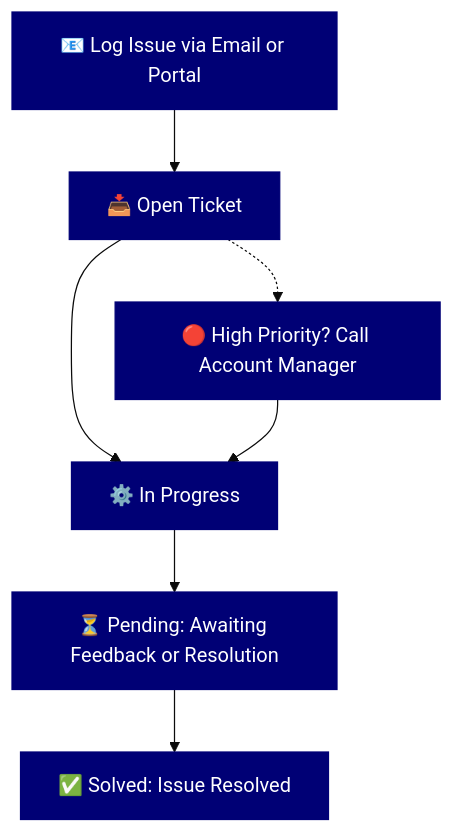
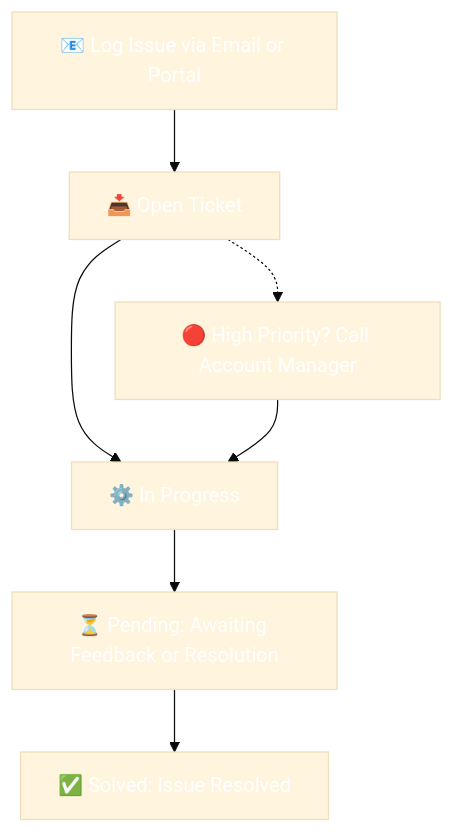
The diagram in docs/service-delivery/support.md (PlainsightPro/Vision-Playbook), drawn with Mermaid before and after one commit. The commit also changed other lines of this file and 62 other files, not shown here.

````diff
--- a/docs/service-delivery/support.md
+++ b/docs/service-delivery/support.md
@@ -23,14 +27,12 @@
 ```mermaid
 %%{init: { "theme": "base", "themeVariables": { "primaryTextColor": "#FFFFFF" } } }%%
 graph TD;
     A[📧 Log Issue via Email or Portal] --> B[📥 Open Ticket]
     B --> C[⚙️ In Progress]
     C --> D[⏳ Pending: Awaiting Feedback or Resolution]
     D --> E[✅ Solved: Issue Resolved]
     B -.-> F[🔴 High Priority? Call Account Manager]
     F --> C
     
-    classDef blueBox fill:#000075,stroke:#000075,stroke-width:1px,color:#FFFFFF;
-    class A,B,C,D,E,F blueBox;
 
 ``` 
````
